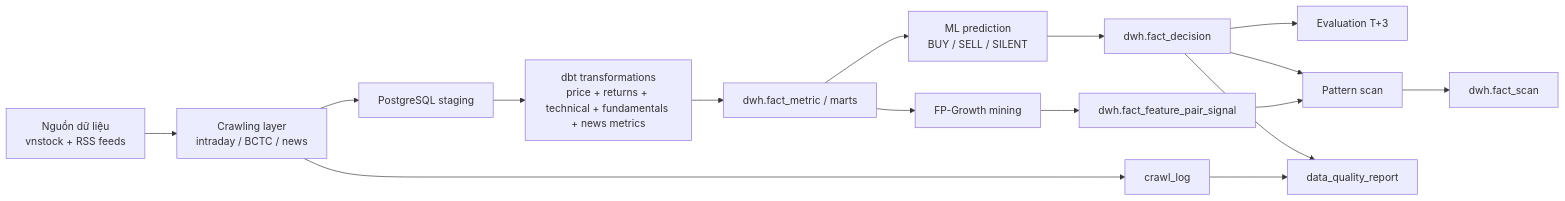
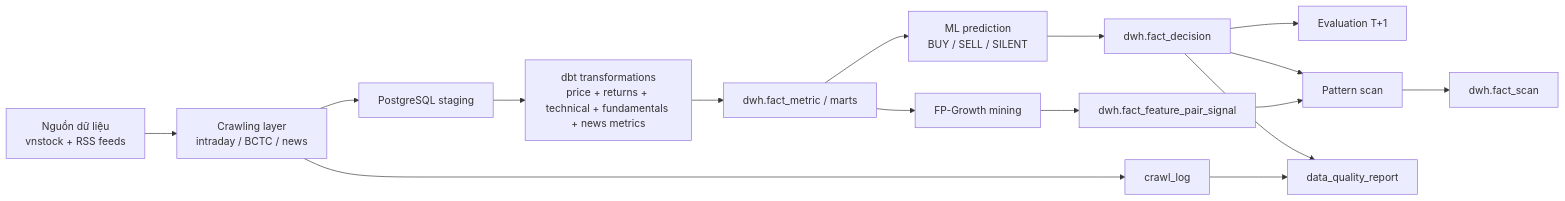
The diagram in README.md (Hoai-Viet/Stock_Prediction), drawn with Mermaid before and after one commit. The commit also changed other lines of this file, not shown here.

````diff
--- a/README.md
+++ b/README.md
@@ -56,18 +54,18 @@
 ```mermaid
 flowchart LR
     A["Nguồn dữ liệu<br/>vnstock + RSS feeds"] --> B["Crawling layer<br/>intraday / BCTC / news"]
     B --> C["PostgreSQL staging"]
     C --> D["dbt transformations<br/>price + returns + technical + fundamentals + news metrics"]
     D --> E["dwh.fact_metric / marts"]
     E --> F["ML prediction<br/>BUY / SELL / SILENT"]
     E --> G["FP-Growth mining"]
     F --> H["dwh.fact_decision"]
     G --> I["dwh.fact_feature_pair_signal"]
-    H --> J["Evaluation T+3"]
+    H --> J["Evaluation T+1"]
     H --> K["Pattern scan"]
     I --> K
     K --> L["dwh.fact_scan"]
     B --> M["crawl_log"]
     H --> N["data_quality_report"]
     M --> N
 ```
````
